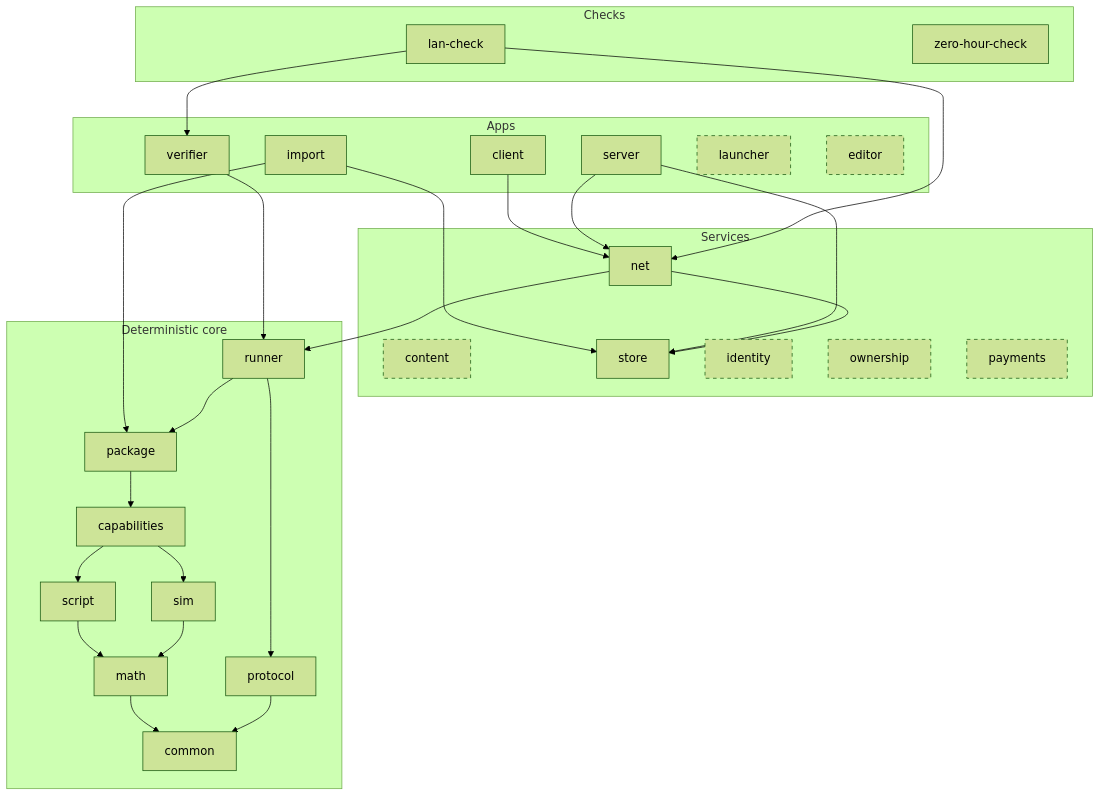
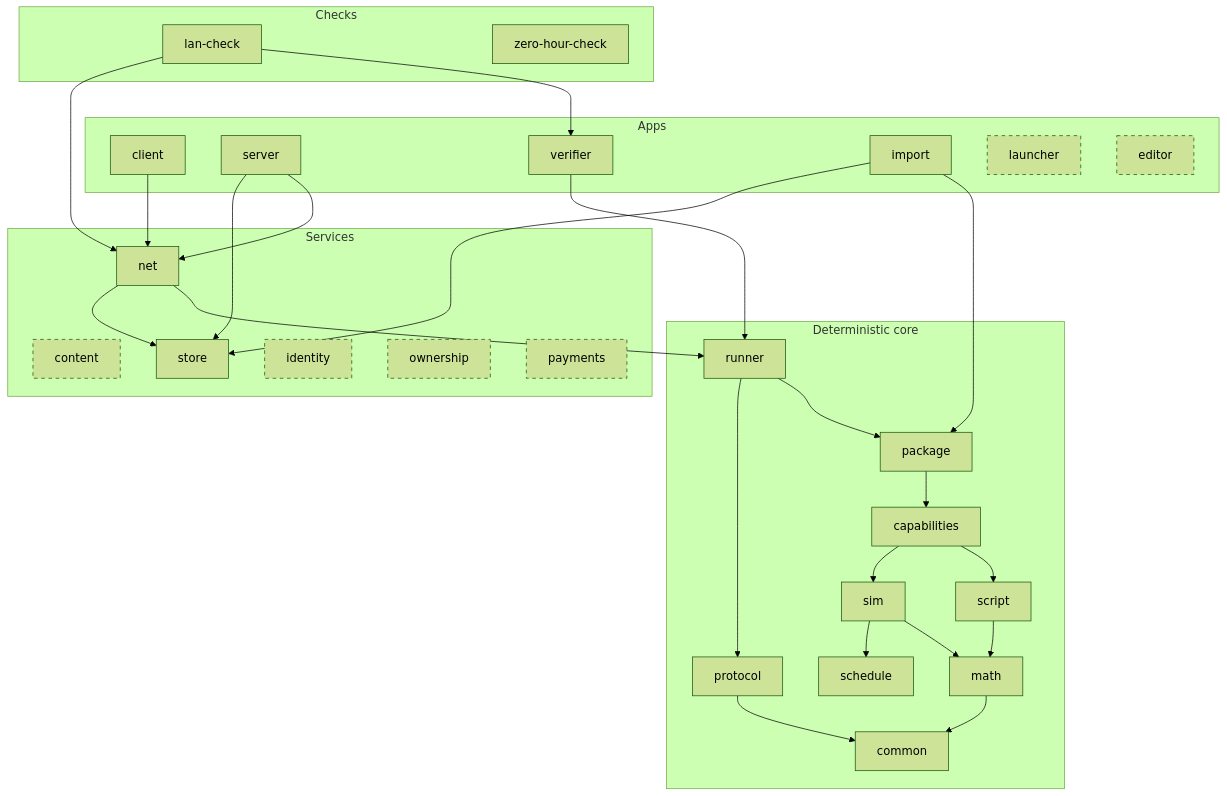
The diagram in docs/design/02-engine-core.md (xorza/campfire), drawn with Mermaid (forest theme) before and after one commit. The commit also changed other lines of this file and 120 other files, not shown here.

````diff
--- a/docs/design/02-engine-core.md
+++ b/docs/design/02-engine-core.md
@@ -5,53 +5,55 @@
 ```mermaid
 flowchart TB
     subgraph apps["Apps"]
         client
         server
         verifier
         import
         launcher:::planned
         editor:::planned
     end
     subgraph checks["Checks"]
         lancheck["lan-check"]
         zerohourcheck["zero-hour-check"]
     end
     subgraph services["Services"]
         net
         content:::planned
         store
         identity:::planned
         ownership:::planned
         payments:::planned
     end
     subgraph core["Deterministic core"]
         runner
         package
         capabilities
         script
         sim
         protocol
         math
         common
+        schedule
     end
     client --> net
     server --> net
     net --> runner
     verifier --> runner
     import --> package
     import --> store
     lancheck --> verifier
     lancheck --> net
     server --> store
     net --> store
     runner --> package
     runner --> protocol
     package --> capabilities
     capabilities --> script
     capabilities --> sim
     script --> math
     sim --> math
+    sim --> schedule
     math --> common
     protocol --> common
     classDef planned stroke-dasharray: 5 5
 ```
````
